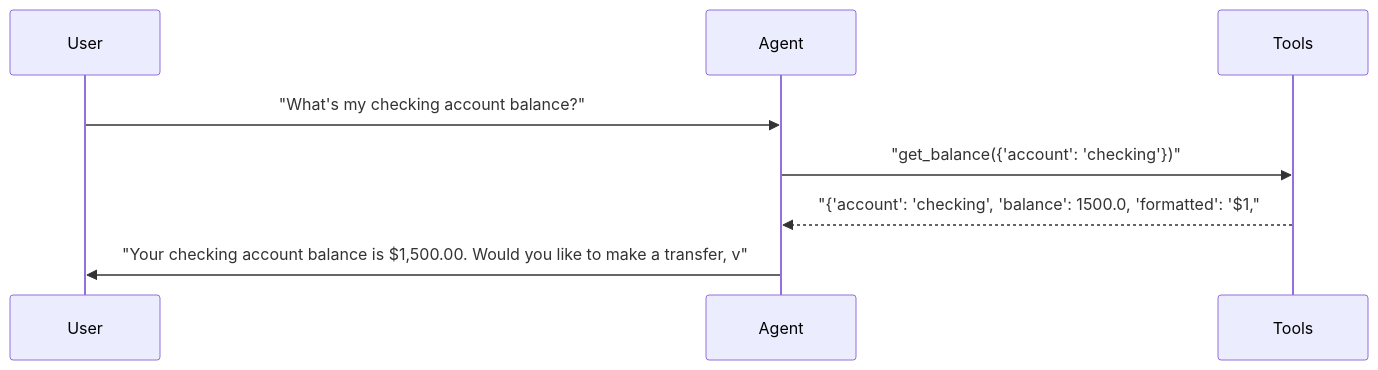
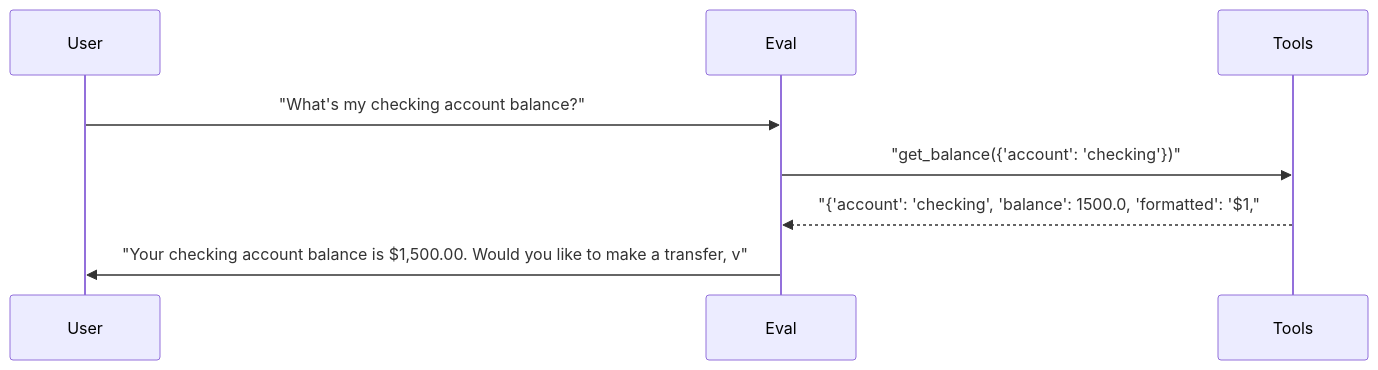
One commit to sbroenne/pytest-skill-engineering changed the first of 8 diagrams in docs/reports/06_model_prompt_matrix.md. Above: the diagram before and after it, drawn with Mermaid. The commit also changed other lines of this file and 155 other files, not shown here.

````diff
--- a/docs/reports/06_model_prompt_matrix.md
+++ b/docs/reports/06_model_prompt_matrix.md
@@ -182,11 +182,11 @@
 ```mermaid
 sequenceDiagram
     participant User
-    participant Agent
+    participant Eval
     participant Tools
 
-    User->>Agent: "What's my checking account balance?"
-    Agent->>Tools: "get_balance({'account': 'checking'})"
-    Tools-->>Agent: "{'account': 'checking', 'balance': 1500.0, 'formatted': '$1,"
-    Agent->>User: "Your checking account balance is $1,500.00. Would you like to make a transfer, v"
+    User->>Eval: "What's my checking account balance?"
+    Eval->>Tools: "get_balance({'account': 'checking'})"
+    Tools-->>Eval: "{'account': 'checking', 'balance': 1500.0, 'formatted': '$1,"
+    Eval->>User: "Your checking account balance is $1,500.00. Would you like to make a transfer, v"
 ```
````
